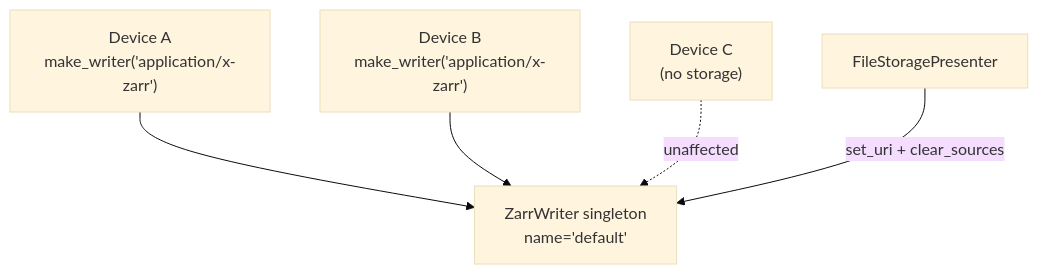
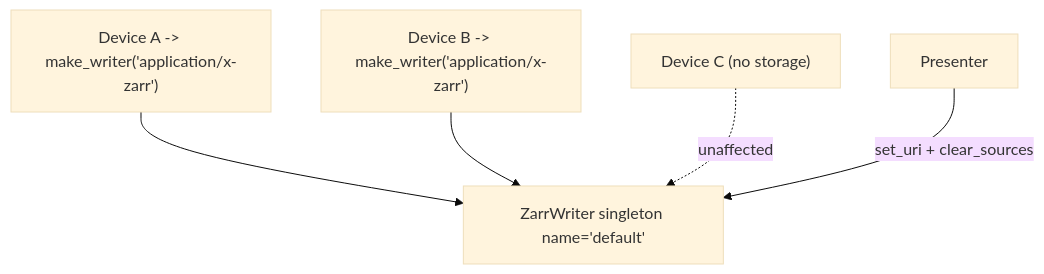
Before and after one commit to redsun-acquisition/redsun: the diagram in docs/explanation/storage.md, drawn with Mermaid (base theme). The commit also changed other lines of this file and 3 other files, not shown here.

````diff
--- a/docs/explanation/storage.md
+++ b/docs/explanation/storage.md
@@ -16,7 +16,7 @@
 ```mermaid
 graph TD
-    D1["Device A\nmake_writer('application/x-zarr')"] --> W[ZarrWriter singleton\nname='default']
-    D2["Device B\nmake_writer('application/x-zarr')"] --> W
-    D3["Device C\n(no storage)"] -. unaffected .-> W
-    SP[FileStoragePresenter] -->|set_uri + clear_sources| W
+    D1["Device A -> make_writer('application/x-zarr')"] --> W[ZarrWriter singleton name='default']
+    D2["Device B -> make_writer('application/x-zarr')"] --> W
+    D3["Device C (no storage)"] -. unaffected .-> W
+    SP[Presenter] -->|set_uri + clear_sources| W
 ```
````
